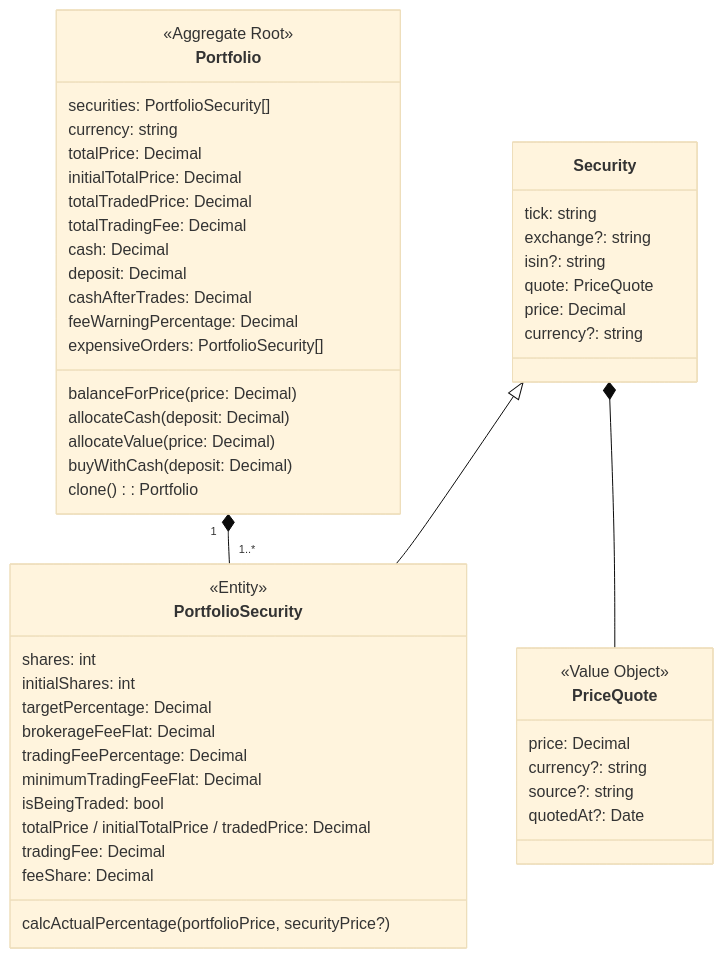
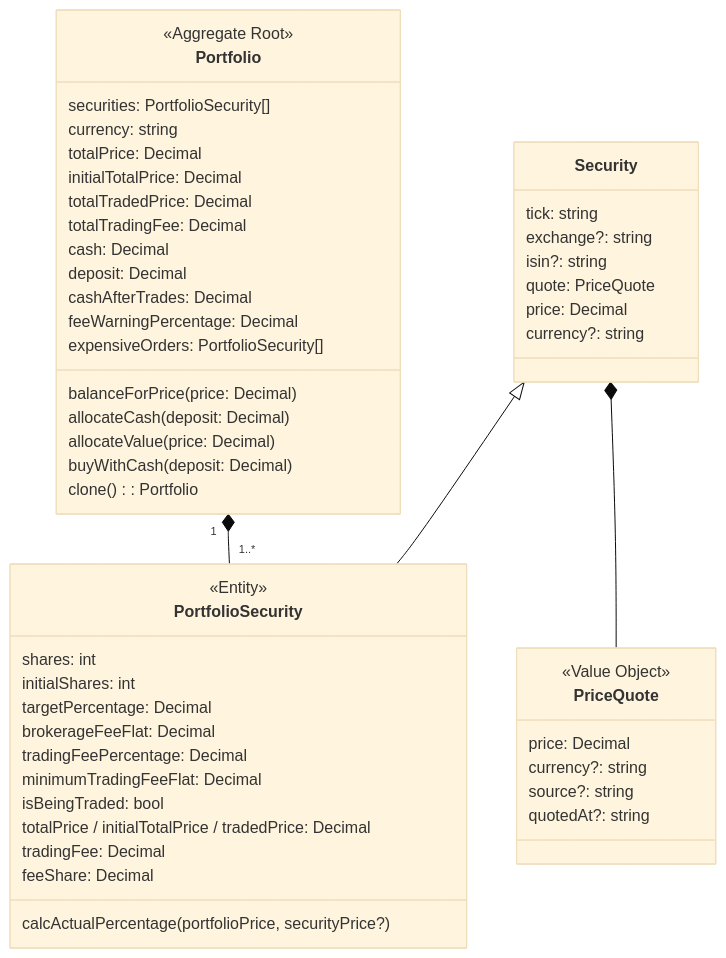
The second of 2 diagrams in docs/domain/README.md (armaaar/stock-calc), drawn with Mermaid (base theme) before and after one commit. The commit also changed 21 other files, not shown here.

````diff
--- a/docs/domain/README.md
+++ b/docs/domain/README.md
@@ -63,54 +63,54 @@
 ```mermaid
 classDiagram
   class Portfolio {
     <<Aggregate Root>>
     securities: PortfolioSecurity[]
     currency: string
     totalPrice: Decimal
     initialTotalPrice: Decimal
     totalTradedPrice: Decimal
     totalTradingFee: Decimal
     cash: Decimal
     deposit: Decimal
     cashAfterTrades: Decimal
     feeWarningPercentage: Decimal
     expensiveOrders: PortfolioSecurity[]
     balanceForPrice(price: Decimal)
     allocateCash(deposit: Decimal)
     allocateValue(price: Decimal)
     buyWithCash(deposit: Decimal)
     clone(): Portfolio
   }
   class Security {
     tick: string
     exchange?: string
     isin?: string
     quote: PriceQuote
     price: Decimal
     currency?: string
   }
   class PriceQuote {
     <<Value Object>>
     price: Decimal
     currency?: string
     source?: string
-    quotedAt?: Date
+    quotedAt?: string
   }
   class PortfolioSecurity {
     <<Entity>>
     shares: int
     initialShares: int
     targetPercentage: Decimal
     brokerageFeeFlat: Decimal
     tradingFeePercentage: Decimal
     minimumTradingFeeFlat: Decimal
     isBeingTraded: bool
     totalPrice / initialTotalPrice / tradedPrice: Decimal
     tradingFee: Decimal
     feeShare: Decimal
     calcActualPercentage(portfolioPrice, securityPrice?)
   }
   Security <|-- PortfolioSecurity
   Security *-- PriceQuote
   Portfolio "1" *-- "1..*" PortfolioSecurity
 ```
````
